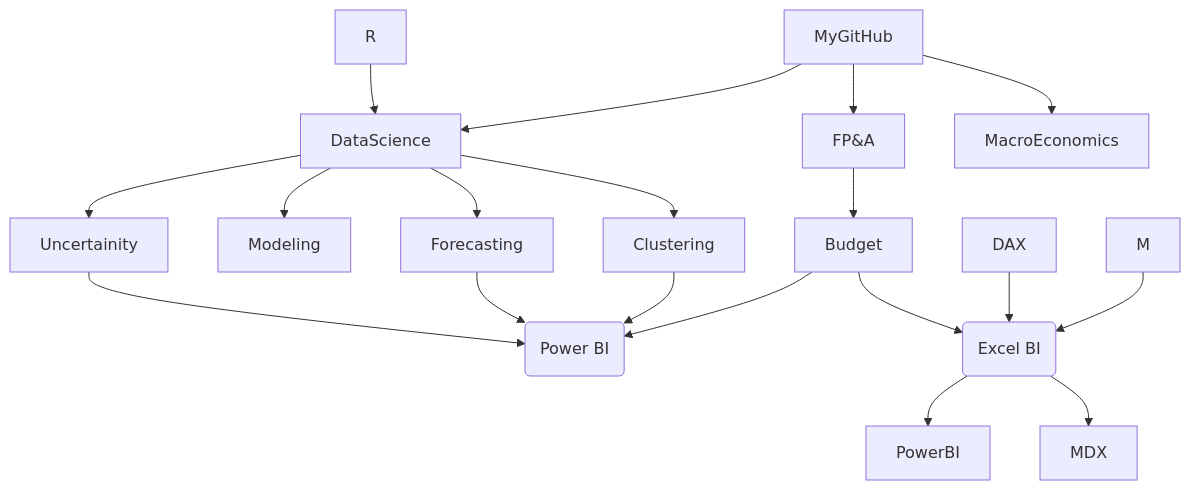
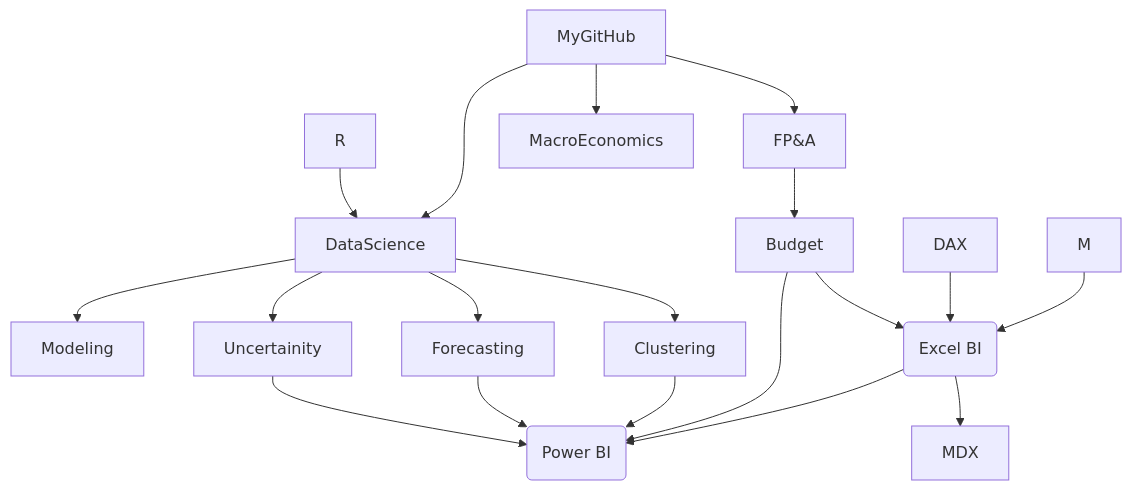
The diagram in README.md (md3629/md3629), drawn with Mermaid before and after one commit.

````diff
--- a/README.md
+++ b/README.md
@@ -9,21 +9,21 @@
 ```mermaid
 graph TD;
     MyGitHub-->FP&A;
     FP&A-->Budget;
     R-->DataScience;
     MyGitHub-->DataScience;
     MyGitHub-->MacroEconomics;
     DataScience-->Modeling;
     DataScience-->Forecasting;
     DataScience-->Clustering;
     DataScience-->Uncertainity;
     Uncertainity-->P(Power BI);
     Forecasting-->P(Power BI);
     Clustering-->P(Power BI);
     Budget-->P(Power BI);
     Budget-->E(Excel BI);
     DAX-->E(Excel BI);
     M-->E(Excel BI);
-    E(Excel BI)-->PowerBI;
+    E(Excel BI)-->P(Power BI);
     E(Excel BI)-->MDX;
 ```
````
